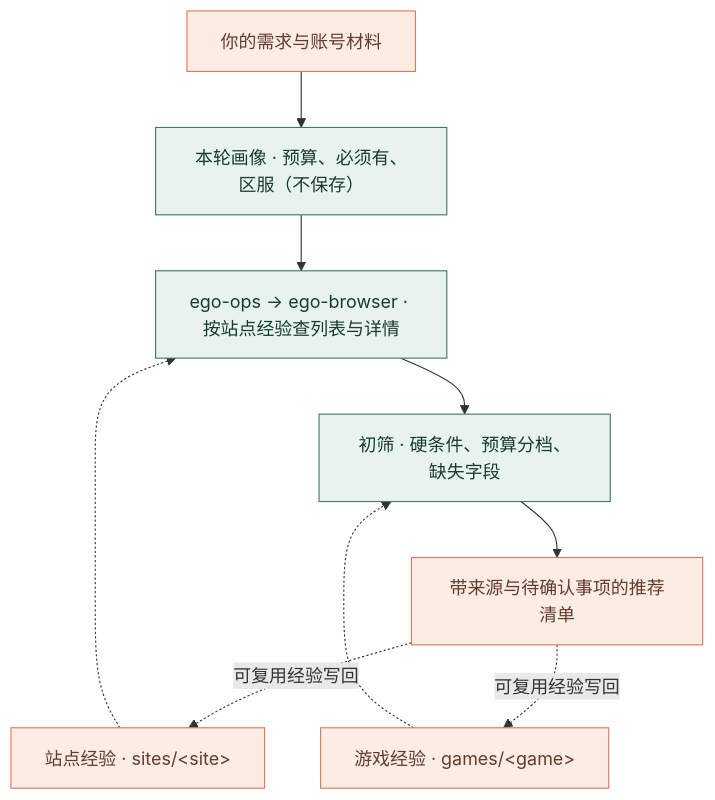
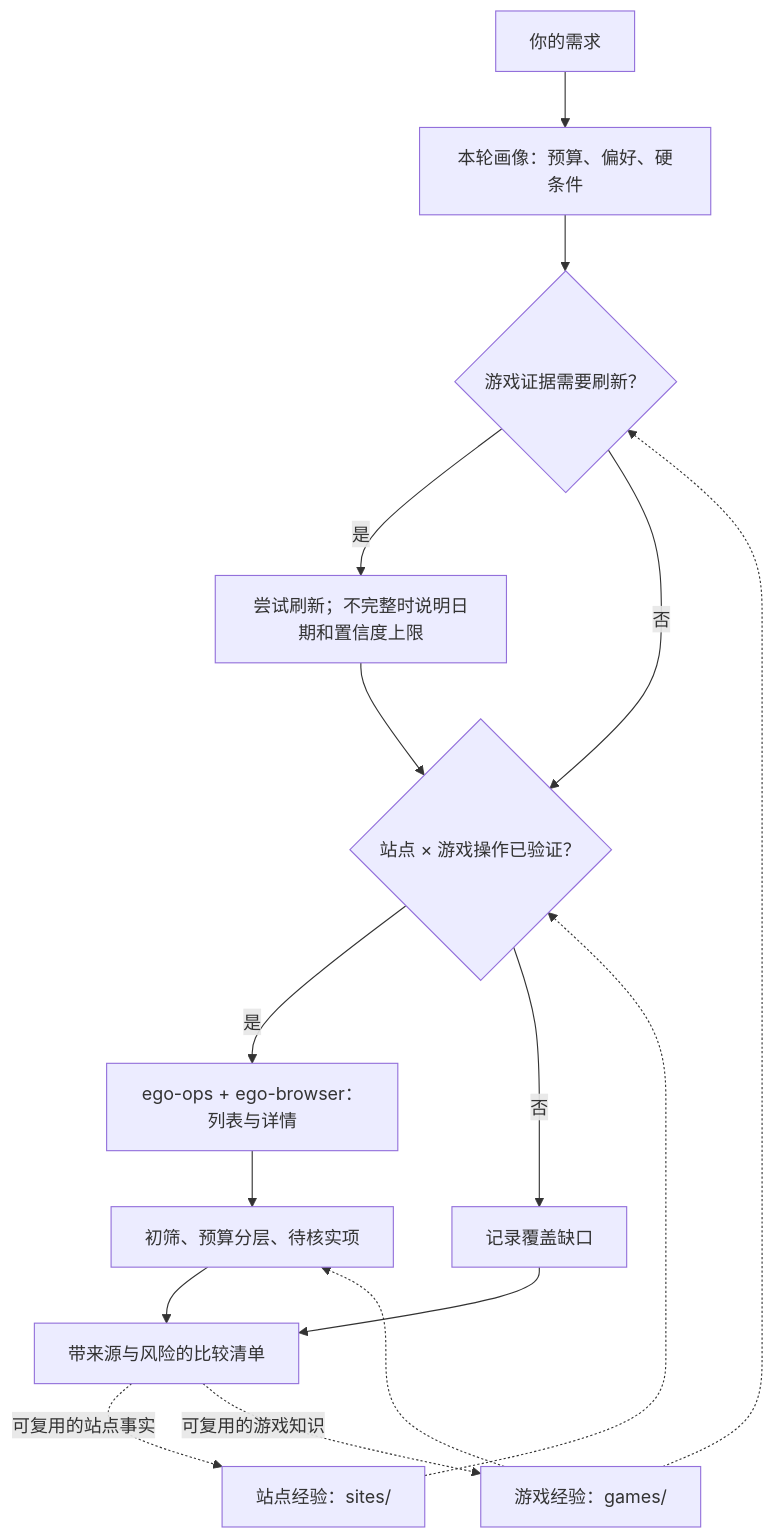
Before and after one commit to PointMountain/game-account-select: the second of 2 diagrams in README.md, drawn with Mermaid. The commit also changed other lines of this file and 26 other files, not shown here.

````diff
--- a/README.md
+++ b/README.md
@@ -172,15 +131,18 @@
 ```mermaid
 flowchart TD
-    Request["你的需求与账号材料"] --> Profile["本轮画像 · 预算、必须有、区服（不保存）"]
-    Profile --> Query["ego-ops → ego-browser · 按站点经验查列表与详情"]
-    Sites["站点经验 · sites/&lt;site&gt;"] -.-> Query
-    Query --> Shortlist["初筛 · 硬条件、预算分档、缺失字段"]
-    Games["游戏经验 · games/&lt;game&gt;"] -.-> Shortlist
-    Shortlist --> Report["带来源与待确认事项的推荐清单"]
-    Report -. "可复用经验写回" .-> Sites
-    Report -. "可复用经验写回" .-> Games
-    classDef mint fill:#e8f3ed,stroke:#42766b,color:#183b34
-    classDef coral fill:#fcece4,stroke:#d9795d,color:#643c2e
-    class Profile,Query,Shortlist mint
-    class Request,Sites,Games,Report coral
+    Request["你的需求"] --> Profile["本轮画像：预算、偏好、硬条件"]
+    Profile --> Freshness{"游戏证据需要刷新？"}
+    Freshness -- "是" --> Refresh["尝试刷新；不完整时说明日期和置信度上限"]
+    Freshness -- "否" --> Coverage
+    Refresh --> Coverage{"站点 × 游戏操作已验证？"}
+    Coverage -- "是" --> Query["ego-ops + ego-browser：列表与详情"]
+    Coverage -- "否" --> Gap["记录覆盖缺口"]
+    Sites["站点经验：sites/" ] -.-> Coverage
+    Games["游戏经验：games/" ] -.-> Freshness
+    Games -.-> Shortlist
+    Query --> Shortlist["初筛、预算分层、待核实项"]
+    Shortlist --> Report["带来源与风险的比较清单"]
+    Gap --> Report
+    Report -. "可复用的站点事实" .-> Sites
+    Report -. "可复用的游戏知识" .-> Games
 ```
````
